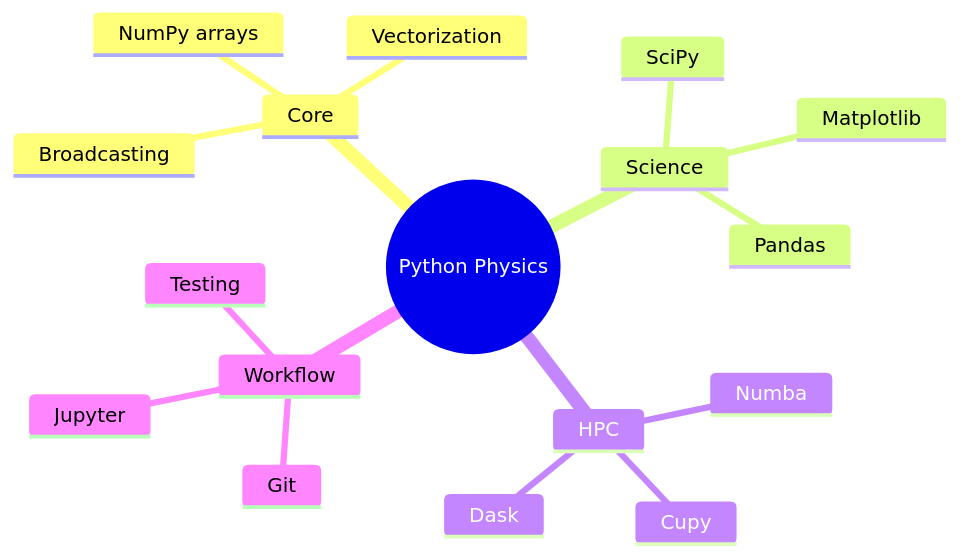
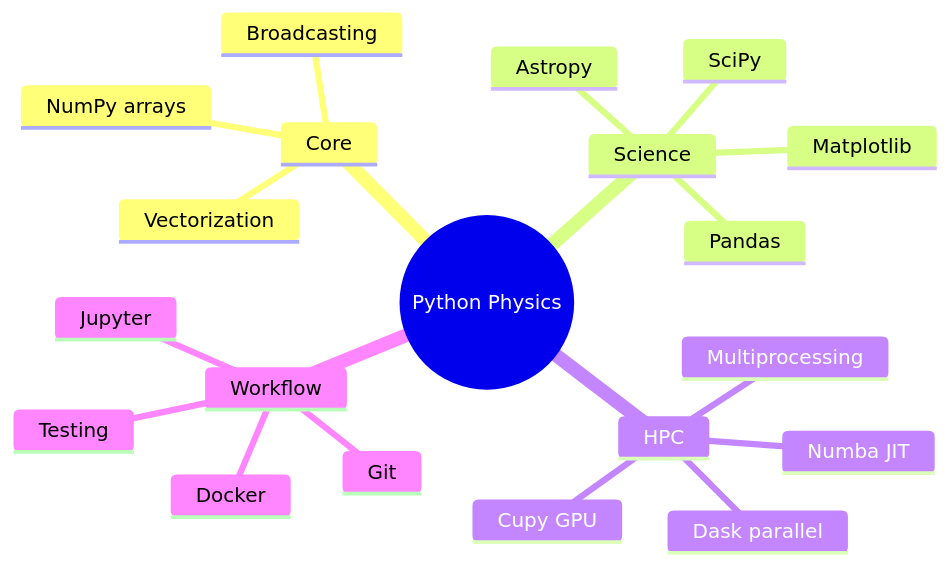
Before and after one commit to yip-lgtm/PhysicsSelfStudy: the first of 5 diagrams in 02_MSc_DataDriven_Modeling/core_courses/MSDM_5001/README.md, drawn with Mermaid. The commit also changed other lines of this file and 17 other files, not shown here.

````diff
--- a/02_MSc_DataDriven_Modeling/core_courses/MSDM_5001/README.md
+++ b/02_MSc_DataDriven_Modeling/core_courses/MSDM_5001/README.md
@@ -288,20 +567,23 @@
 ```mermaid
 mindmap
   root((Python Physics))
     Core
       NumPy arrays
       Vectorization
       Broadcasting
     Science
       SciPy
       Matplotlib
       Pandas
+      Astropy
     HPC
-      Numba
-      Cupy
-      Dask
+      Numba JIT
+      Cupy GPU
+      Dask parallel
+      Multiprocessing
     Workflow
       Jupyter
       Git
       Testing
+      Docker
 ```
````
